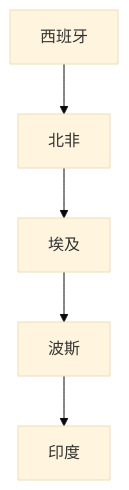
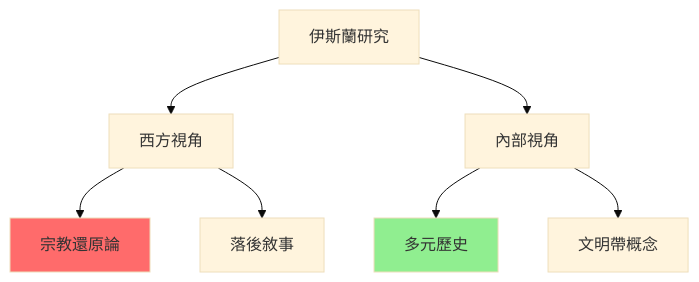
One commit to yip-lgtm/HKU-Harvard-History-Self-Study changed the tenth of 10 diagrams in 01_HKU_Courses/HIST2170_Islamic_world.md. Above: the diagram before and after it, drawn with Mermaid (base theme). The commit also changed other lines of this file and 7 other files, not shown here.

````diff
--- a/01_HKU_Courses/HIST2170_Islamic_world.md
+++ b/01_HKU_Courses/HIST2170_Islamic_world.md
@@ -145,7 +329,11 @@
 ```mermaid
-flowchart TD
-    A[西班牙] --> B[北非]
-    B --> C[埃及]
-    C --> D[波斯]
-    D --> E[印度]
+graph TD
+    A["伊斯蘭研究"] --> B["西方視角"]
+    A --> C["內部視角"]
+    B --> D["宗教還原論"]
+    B --> E["落後敘事"]
+    C --> F["多元歷史"]
+    C --> G["文明帶概念"]
+    style D fill:#FF6B6B
+    style F fill:#90EE90
 ```
````
